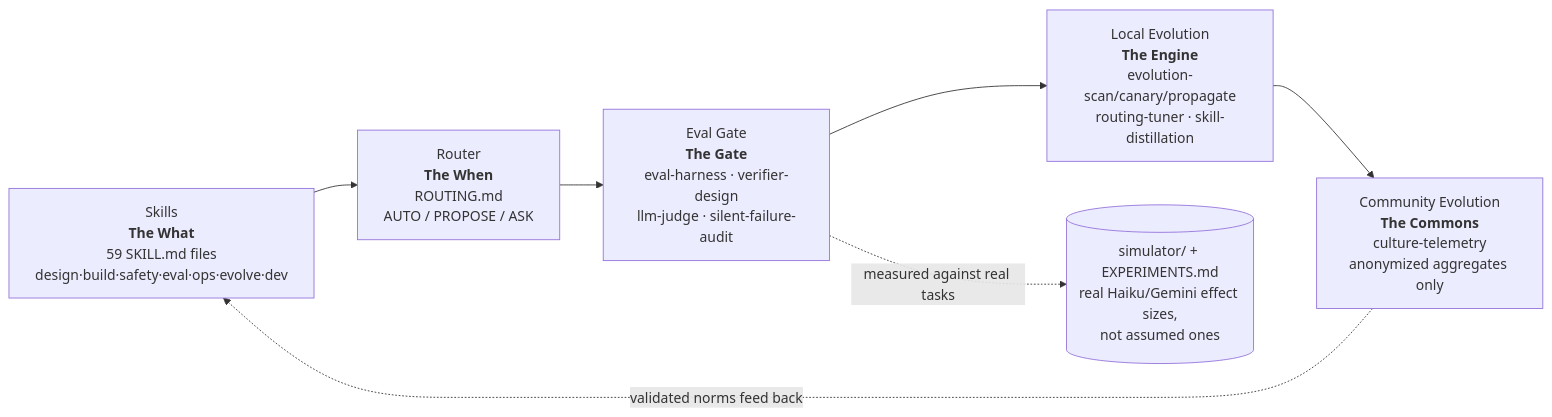
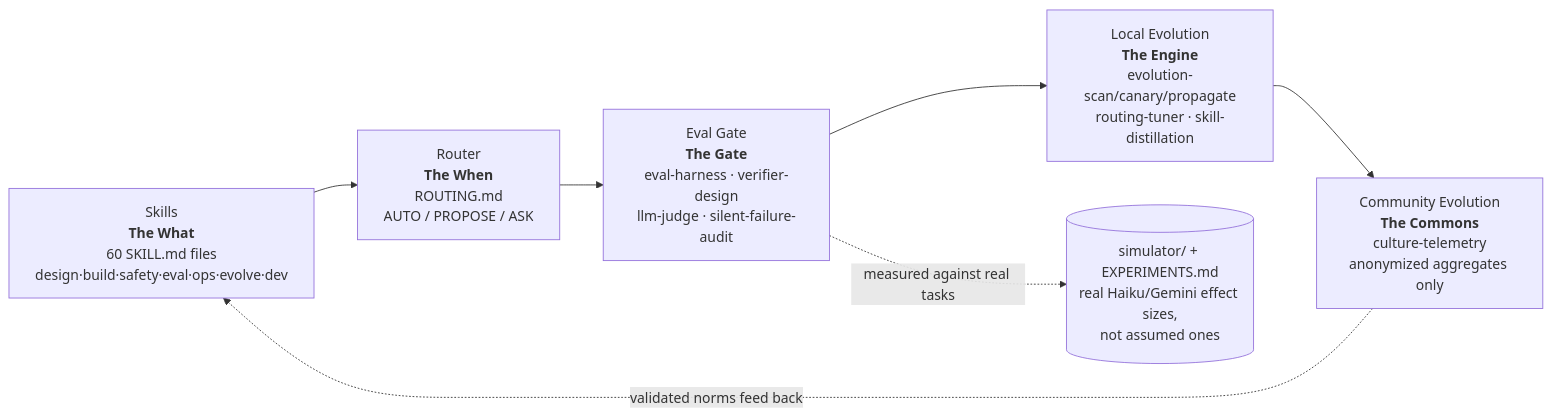
Before and after one commit to agulli/skills-evolve: the diagram in README.md, drawn with Mermaid. The commit also changed other lines of this file and 7 other files, not shown here.

````diff
--- a/README.md
+++ b/README.md
@@ -31,10 +31,10 @@
 ```mermaid
 graph LR
-    A["Skills<br/><b>The What</b><br/>59 SKILL.md files<br/>design·build·safety·eval·ops·evolve·dev"] --> B["Router<br/><b>The When</b><br/>ROUTING.md<br/>AUTO / PROPOSE / ASK"]
+    A["Skills<br/><b>The What</b><br/>60 SKILL.md files<br/>design·build·safety·eval·ops·evolve·dev"] --> B["Router<br/><b>The When</b><br/>ROUTING.md<br/>AUTO / PROPOSE / ASK"]
     B --> C["Eval Gate<br/><b>The Gate</b><br/>eval-harness · verifier-design<br/>llm-judge · silent-failure-audit"]
     C --> D["Local Evolution<br/><b>The Engine</b><br/>evolution-scan/canary/propagate<br/>routing-tuner · skill-distillation"]
     D --> E["Community Evolution<br/><b>The Commons</b><br/>culture-telemetry<br/>anonymized aggregates only"]
     E -.validated norms feed back.-> A
 
     C -.measured against real tasks.-> F[("simulator/ + EXPERIMENTS.md<br/>real Haiku/Gemini effect sizes,<br/>not assumed ones")]
 ```
````
